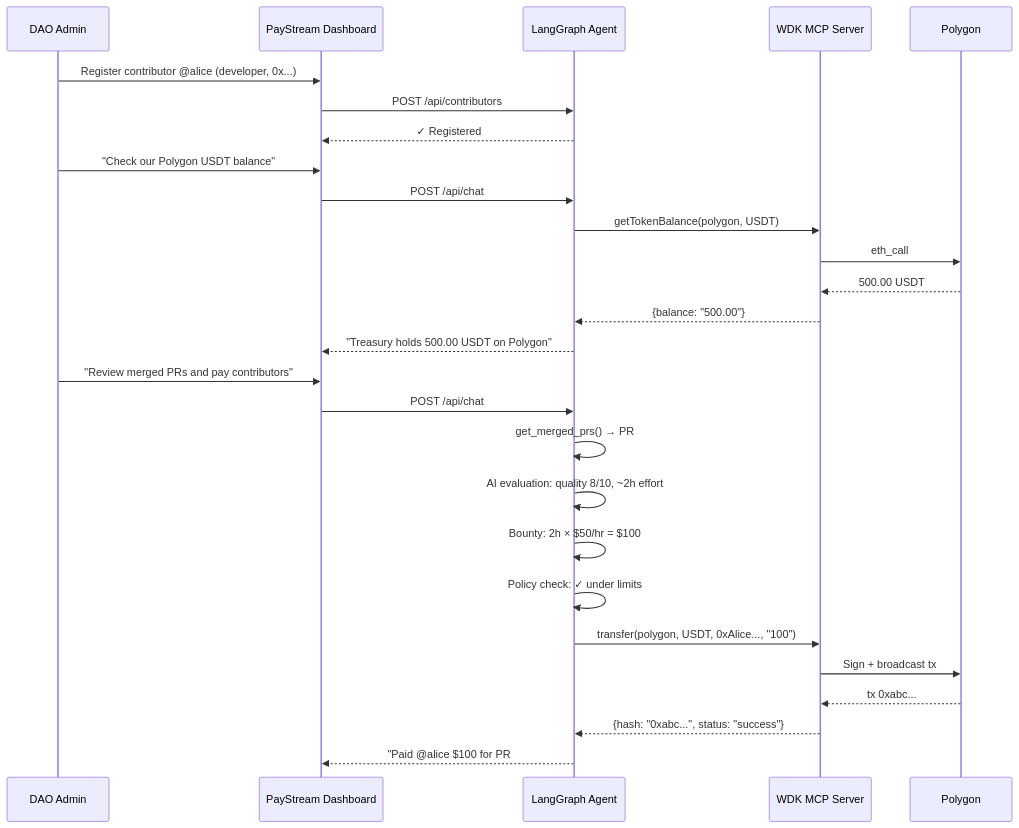
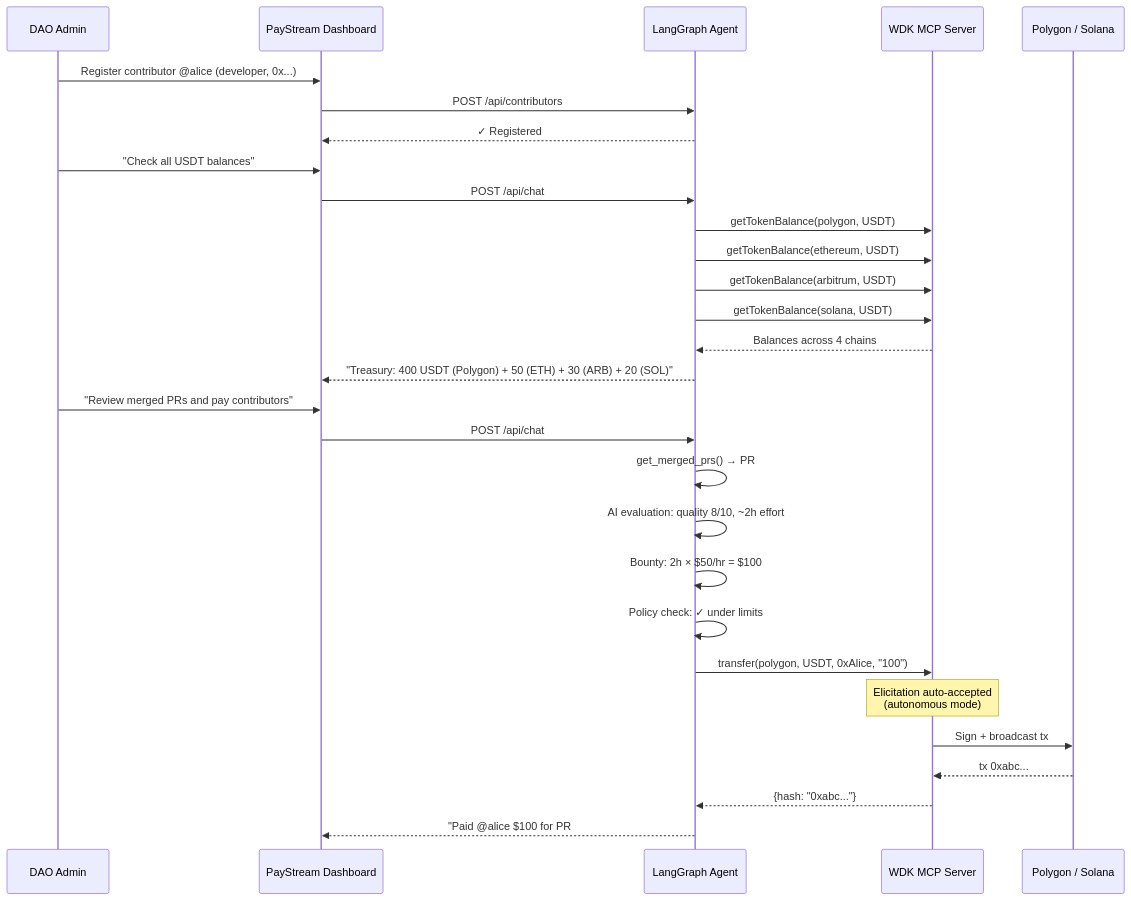
One commit to N-45div/PayStream changed the fourth of 6 diagrams in README.md. Above: the diagram before and after it, drawn with Mermaid. The commit also changed other lines of this file and 3 other files, not shown here.

First line of the commit message:
feat: add USDT0 cross-chain bridge + updated README with mermaid diagrams

````diff
--- a/README.md
+++ b/README.md
@@ -204,32 +237,34 @@
 ```mermaid
 sequenceDiagram
     participant Admin as DAO Admin
     participant UI as PayStream Dashboard
     participant Agent as LangGraph Agent
     participant WDK as WDK MCP Server
-    participant Chain as Polygon
+    participant Chain as Polygon / Solana
 
     Admin->>UI: Register contributor @alice (developer, 0x...)
     UI->>Agent: POST /api/contributors
     Agent-->>UI: ✓ Registered
 
-    Admin->>UI: "Check our Polygon USDT balance"
+    Admin->>UI: "Check all USDT balances"
     UI->>Agent: POST /api/chat
     Agent->>WDK: getTokenBalance(polygon, USDT)
-    WDK->>Chain: eth_call
-    Chain-->>WDK: 500.00 USDT
-    WDK-->>Agent: {balance: "500.00"}
-    Agent-->>UI: "Treasury holds 500.00 USDT on Polygon"
+    Agent->>WDK: getTokenBalance(ethereum, USDT)
+    Agent->>WDK: getTokenBalance(arbitrum, USDT)
+    Agent->>WDK: getTokenBalance(solana, USDT)
+    WDK-->>Agent: Balances across 4 chains
+    Agent-->>UI: "Treasury: 400 USDT (Polygon) + 50 (ETH) + 30 (ARB) + 20 (SOL)"
 
     Admin->>UI: "Review merged PRs and pay contributors"
     UI->>Agent: POST /api/chat
     Agent->>Agent: get_merged_prs() → PR #42 by @alice
     Agent->>Agent: AI evaluation: quality 8/10, ~2h effort
     Agent->>Agent: Bounty: 2h × $50/hr = $100
     Agent->>Agent: Policy check: ✓ under limits
-    Agent->>WDK: transfer(polygon, USDT, 0xAlice..., "100")
+    Agent->>WDK: transfer(polygon, USDT, 0xAlice, "100")
+    Note over WDK: Elicitation auto-accepted<br/>(autonomous mode)
     WDK->>Chain: Sign + broadcast tx
     Chain-->>WDK: tx 0xabc...
-    WDK-->>Agent: {hash: "0xabc...", status: "success"}
+    WDK-->>Agent: {hash: "0xabc..."}
     Agent-->>UI: "Paid @alice $100 for PR #42 — tx: 0xabc..."
 ```
````
